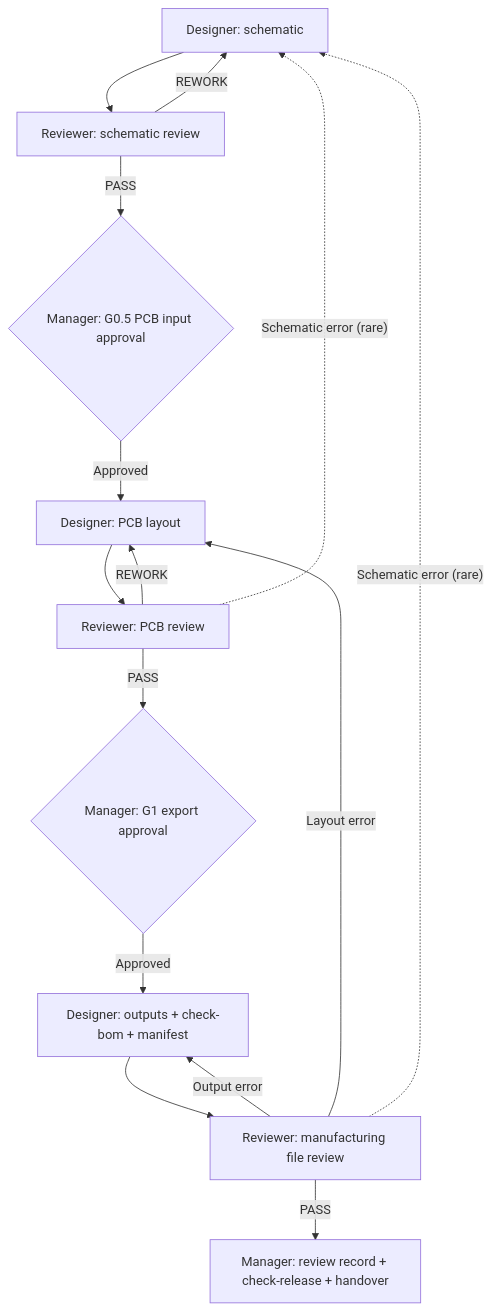
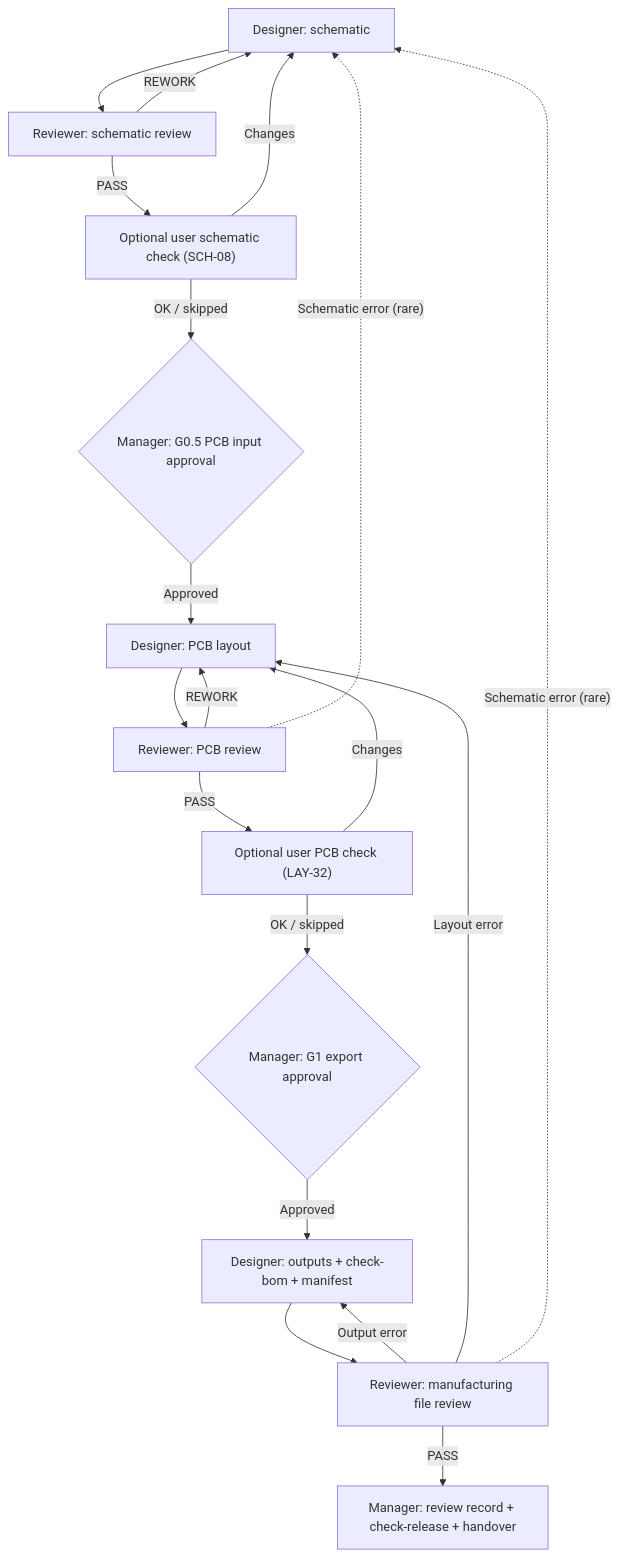
Before and after one commit to d0ukan/ai-hw-designer: the diagram in Hardware-Roles.md, drawn with Mermaid. The commit also changed other lines of this file and 10 other files, not shown here.

Commit message:
v1.21: optional user schematic and PCB check (PDF/images, open in EDA) before G0.5 and G1

````diff
--- a/Hardware-Roles.md
+++ b/Hardware-Roles.md
@@ -113,17 +114,21 @@
 ```mermaid
 flowchart TD
     S["Designer: schematic"] --> SR["Reviewer: schematic review"]
     SR -->|"REWORK"| S
-    SR -->|"PASS"| G05{"Manager: G0.5 PCB input approval"}
+    SR -->|"PASS"| US["Optional user schematic check (SCH-08)"]
+    US -->|"Changes"| S
+    US -->|"OK / skipped"| G05{"Manager: G0.5 PCB input approval"}
     G05 -->|"Approved"| D["Designer: PCB layout"]
     D --> R["Reviewer: PCB review"]
     R -->|"REWORK"| D
-    R -->|"PASS"| M{"Manager: G1 export approval"}
+    R -->|"PASS"| UP["Optional user PCB check (LAY-32)"]
+    UP -->|"Changes"| D
+    UP -->|"OK / skipped"| M{"Manager: G1 export approval"}
     M -->|"Approved"| E["Designer: outputs + check-bom + manifest"]
     E --> V["Reviewer: manufacturing file review"]
     V -->|"Output error"| E
     V -->|"Layout error"| D
     R -.->|"Schematic error (rare)"| S
     V -.->|"Schematic error (rare)"| S
     V -->|"PASS"| H["Manager: review record + check-release + handover"]
 ```
````
